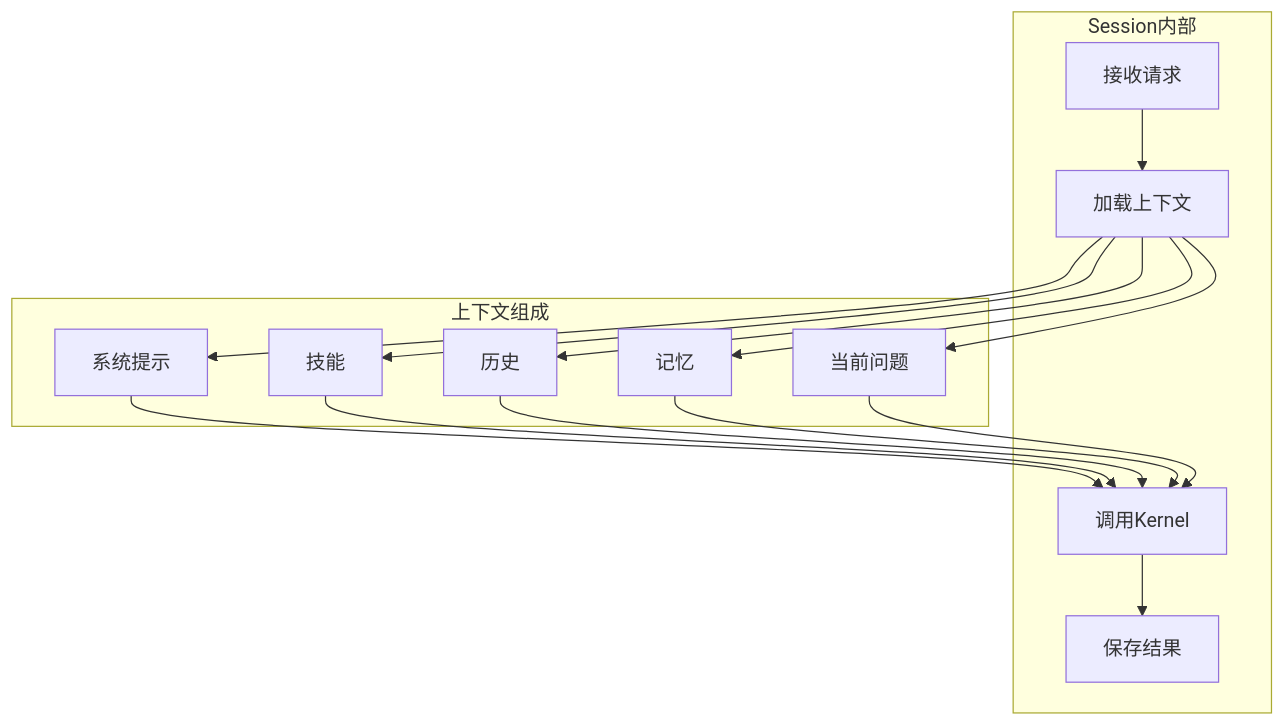
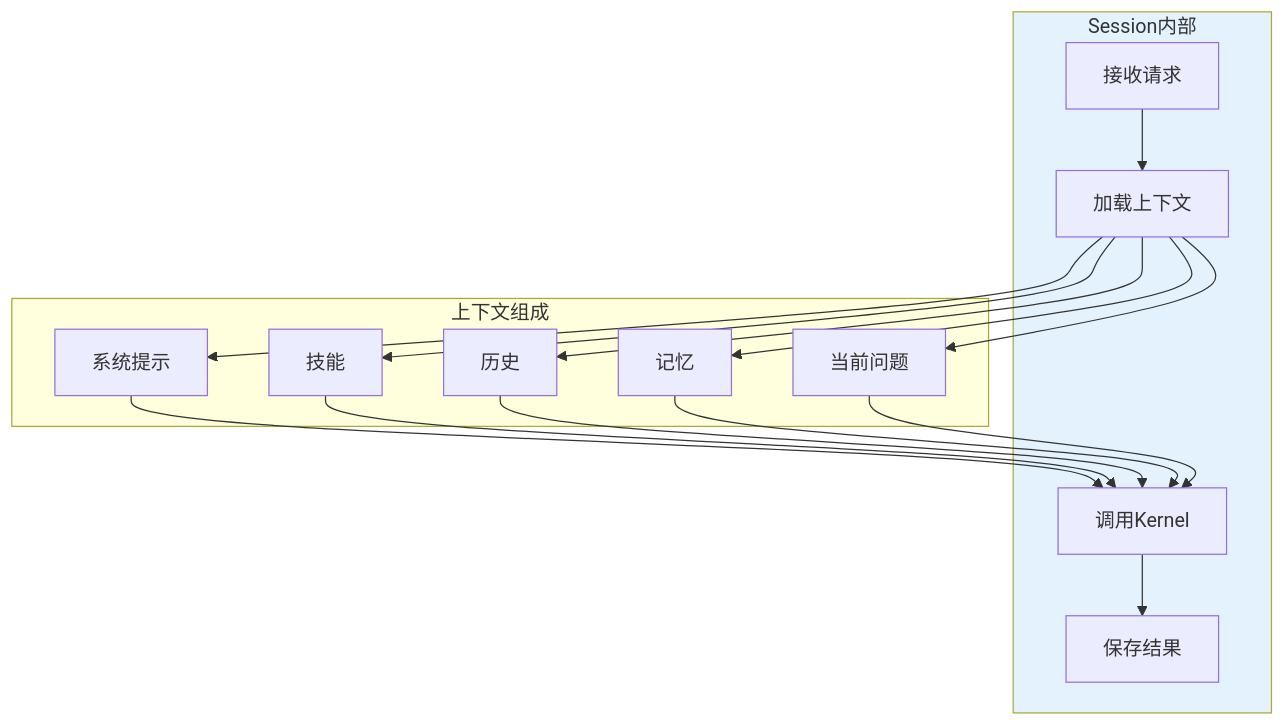
Before and after one commit to yeheng/nanobot-rs: the seventh of 20 diagrams in docs/architecture.md, drawn with Mermaid. The commit also changed other lines of this file and 11 other files, not shown here.

````diff
--- a/docs/architecture.md
+++ b/docs/architecture.md
@@ -234,30 +255,32 @@
 ```mermaid
 flowchart TB
     subgraph Session内部
         A[接收请求]
         B[加载上下文]
         C[调用Kernel]
         D[保存结果]
     end
-    
+
     subgraph 上下文组成
         S[系统提示]
         SK[技能]
         H[历史]
         M[记忆]
         Q[当前问题]
     end
-    
+
     A --> B
     B --> S
     B --> SK
     B --> H
     B --> M
     B --> Q
     S --> C
     SK --> C
     H --> C
     M --> C
     Q --> C
     C --> D
+
+    style Session内部 fill:#E3F2FD
 ```
````
